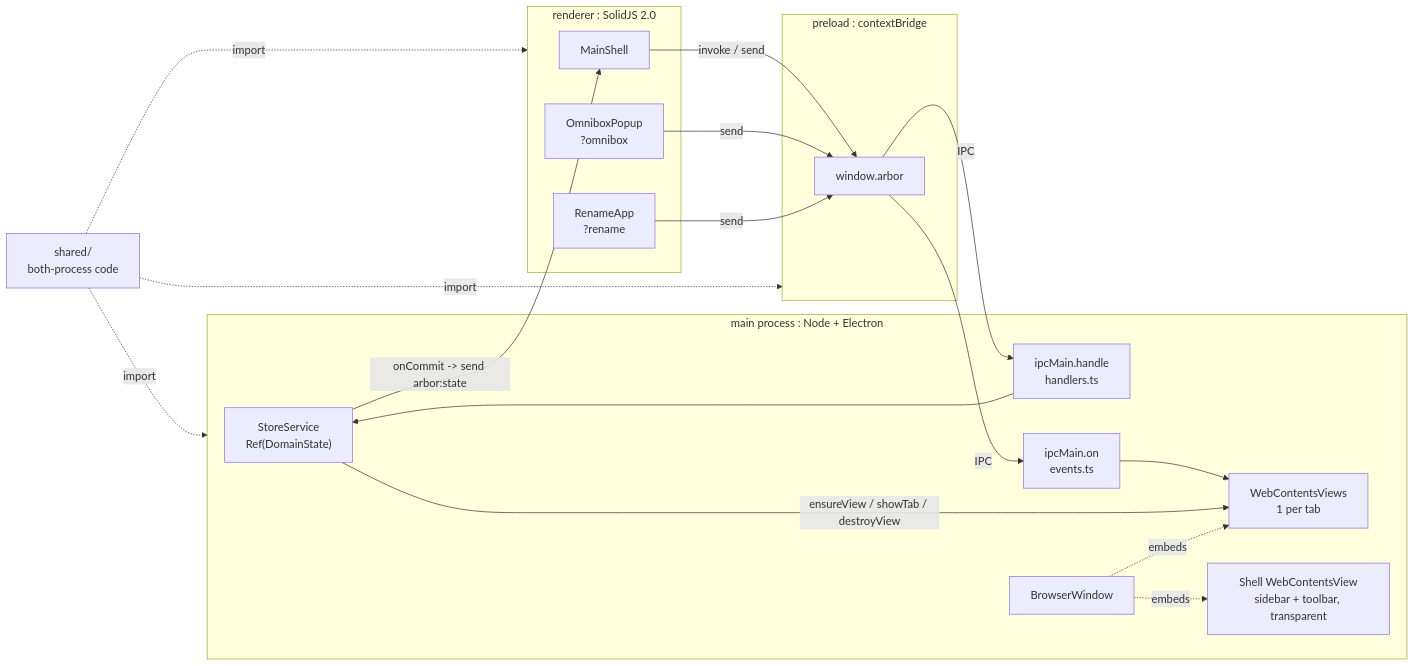
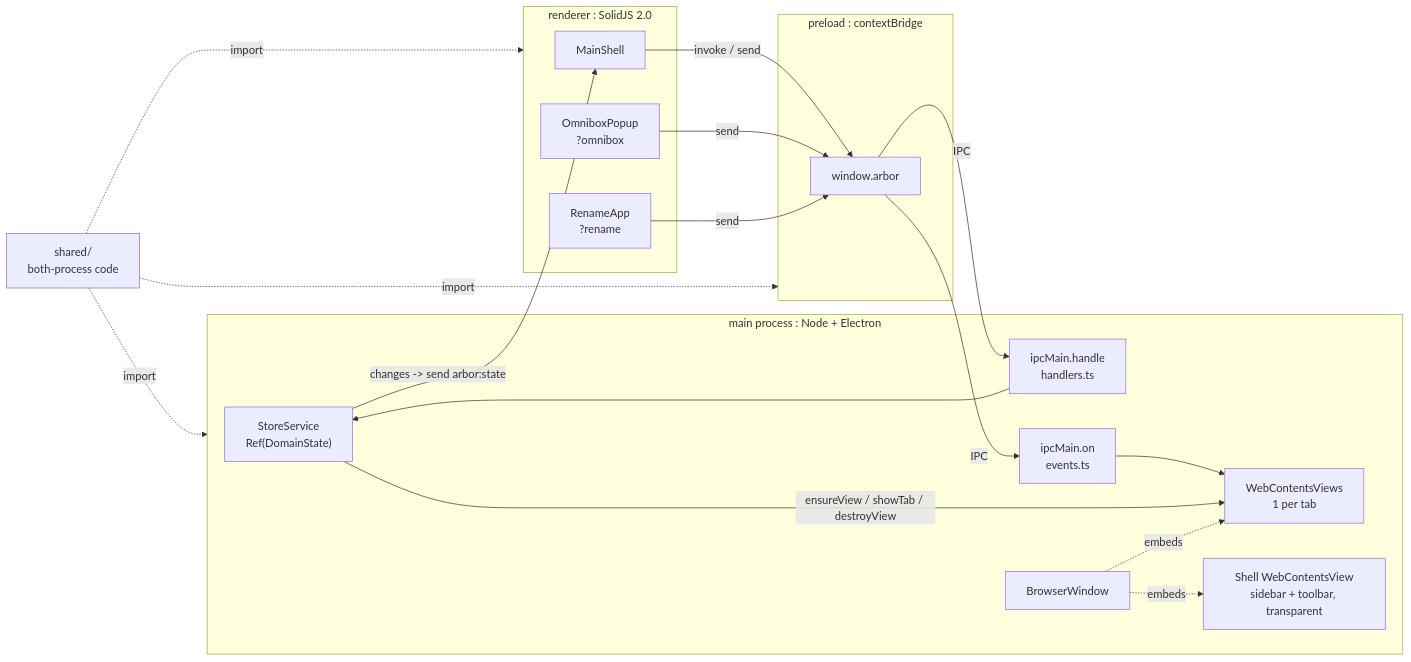
The diagram in docs/architecture/README.md (rom100main/arbor), drawn with Mermaid before and after one commit. The commit also changed 3 other files, not shown here.

Commit message:
docs(architecture): ops no longer throw, use effect on store, adapt the rest of code on effect

````diff
--- a/docs/architecture/README.md
+++ b/docs/architecture/README.md
@@ -17,35 +17,35 @@
 ```mermaid
 flowchart LR
     subgraph Main["main process : Node + Electron"]
         Store["StoreService<br/>Ref(DomainState)"]
         IPC_H["ipcMain.handle<br/>handlers.ts"]
         IPC_E["ipcMain.on<br/>events.ts"]
         Views["WebContentsViews<br/>1 per tab"]
         ShellV["Shell WebContentsView<br/>sidebar + toolbar, transparent"]
         Win["BrowserWindow"]
     end
     subgraph Pre["preload : contextBridge"]
         API["window.arbor"]
     end
     subgraph Ren["renderer : SolidJS 2.0"]
         Shell["MainShell"]
         Omni["OmniboxPopup<br/>?omnibox"]
         Rename["RenameApp<br/>?rename"]
     end
     Shared["shared/<br/>both-process code"]
 
     Shell -->|"invoke / send"| API
     Omni -->|"send"| API
     Rename -->|"send"| API
     API -->|"IPC"| IPC_H
     API -->|"IPC"| IPC_E
     IPC_H --> Store
     IPC_E --> Views
-    Store -->|"onCommit -> send arbor:state"| Shell
+    Store -->|"changes -> send arbor:state"| Shell
     Store -->|"ensureView / showTab / destroyView"| Views
     Win -.->|"embeds"| Views
     Win -.->|"embeds"| ShellV
     Shared -.->|"import"| Main
     Shared -.->|"import"| Pre
     Shared -.->|"import"| Ren
 ```
````
